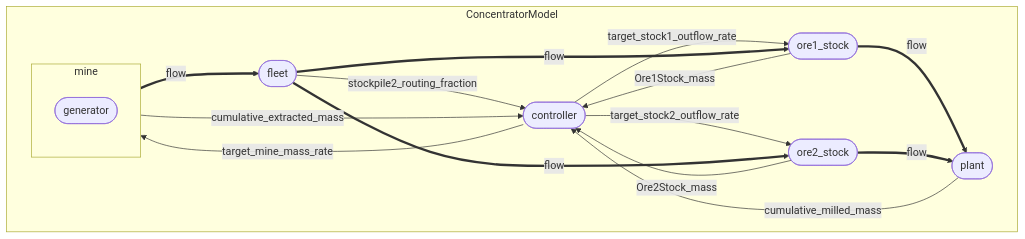
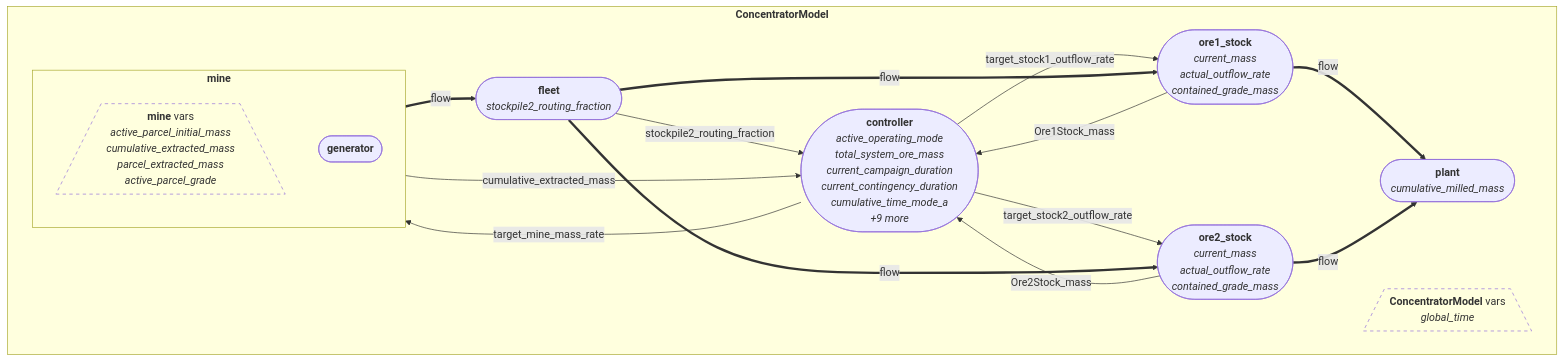
The diagram in Concentrator_Module_Graph.md (pirateJiang/mining-drs), drawn with Mermaid before and after one commit. The commit also changed other lines of this file and 10 other files, not shown here.

````diff
--- a/Concentrator_Module_Graph.md
+++ b/Concentrator_Module_Graph.md
@@ -20,26 +20,29 @@
 ```mermaid
 flowchart TD
-subgraph root["ConcentratorModel"]
-    subgraph mine["mine"]
-        mine_generator(["generator"])
+subgraph root["<b>ConcentratorModel</b>"]
+    root_vars[/"<b>ConcentratorModel</b> vars<br><i>global_time</i>"\]
+    style root_vars fill:transparent,stroke-dasharray: 5 5
+    subgraph mine["<b>mine</b>"]
+        mine_vars[/"<b>mine</b> vars<br><i>active_parcel_initial_mass</i><br><i>cumulative_extracted_mass</i><br><i>parcel_extracted_mass</i><br><i>active_parcel_grade</i>"\]
+        style mine_vars fill:transparent,stroke-dasharray: 5 5
+        mine_generator(["<b>generator</b>"])
     end
-    fleet(["fleet"])
-    ore1_stock(["ore1_stock"])
-    ore2_stock(["ore2_stock"])
-    plant(["plant"])
-    controller(["controller"])
+    fleet(["<b>fleet</b><br><i>stockpile2_routing_fraction</i>"])
+    ore1_stock(["<b>ore1_stock</b><br><i>current_mass</i><br><i>actual_outflow_rate</i><br><i>contained_grade_mass</i>"])
+    ore2_stock(["<b>ore2_stock</b><br><i>current_mass</i><br><i>actual_outflow_rate</i><br><i>contained_grade_mass</i>"])
+    plant(["<b>plant</b><br><i>cumulative_milled_mass</i>"])
+    controller(["<b>controller</b><br><i>active_operating_mode</i><br><i>total_system_ore_mass</i><br><i>current_campaign_duration</i><br><i>current_contingency_duration</i><br><i>cumulative_time_mode_a</i><br><i>+9 more</i>"])
 end
     controller -->|target_mine_mass_rate| mine
     controller -->|target_stock1_outflow_rate| ore1_stock
     controller -->|target_stock2_outflow_rate| ore2_stock
     mine -->|cumulative_extracted_mass| controller
-    plant -->|cumulative_milled_mass| controller
     ore1_stock -->|Ore1Stock_mass| controller
     ore2_stock -->|Ore2Stock_mass| controller
     fleet -->|stockpile2_routing_fraction| controller
     mine ==>|flow| fleet
     fleet ==>|flow| ore1_stock
     fleet ==>|flow| ore2_stock
     ore1_stock ==>|flow| plant
     ore2_stock ==>|flow| plant
 ```
````
